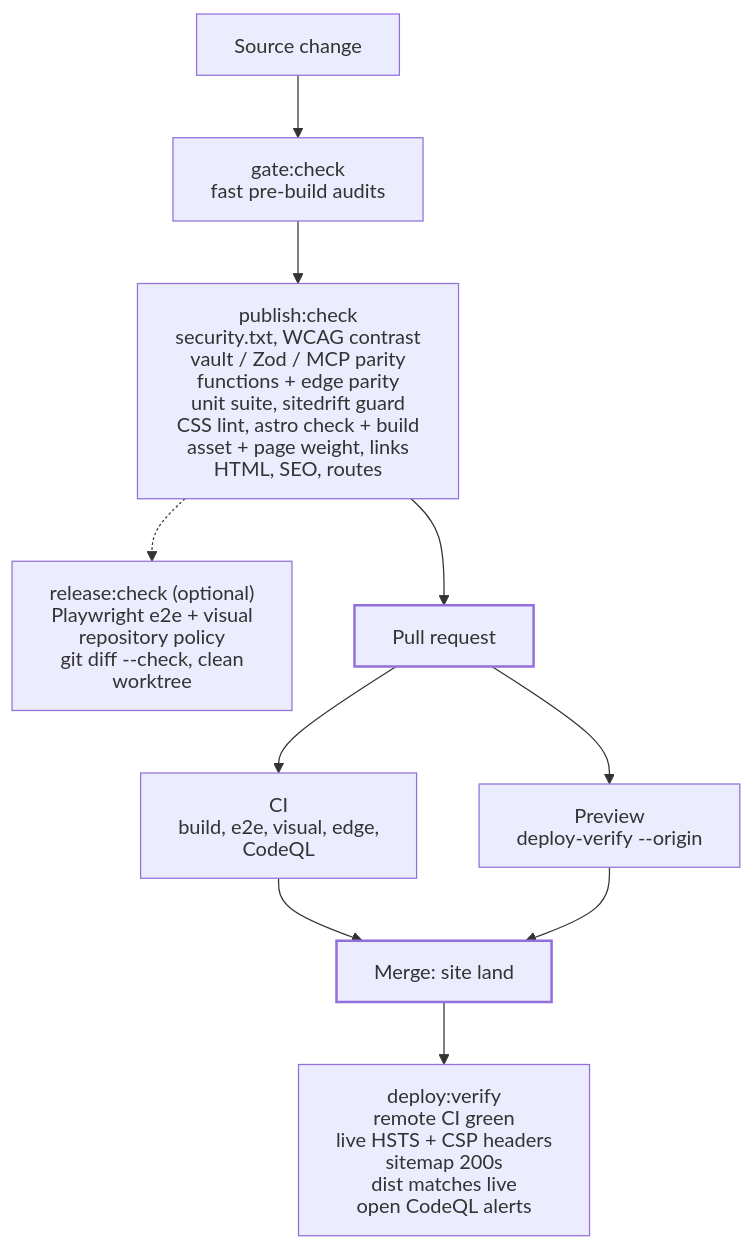
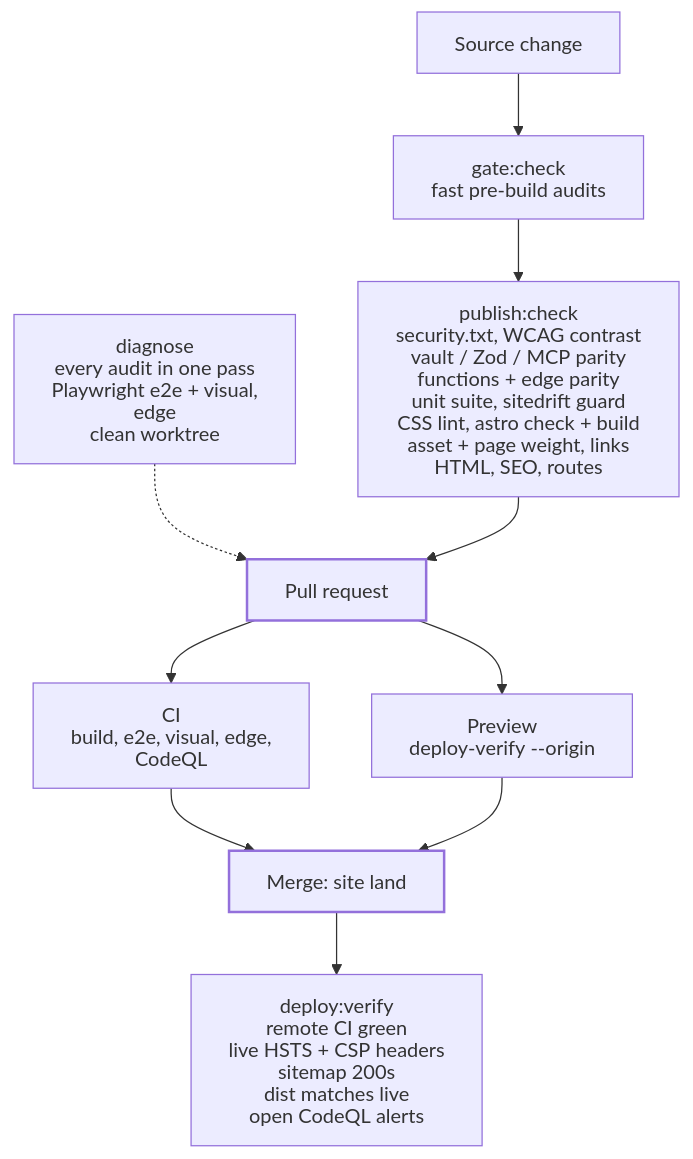
The diagram in docs/diagrams/gate-ladder.mmd (joeseverino/jseverino.com), drawn with Mermaid before and after one commit. The commit also changed 220 other files, not shown here.

```diff
--- a/docs/diagrams/gate-ladder.mmd
+++ b/docs/diagrams/gate-ladder.mmd
@@ -1,14 +1,14 @@
 %%{init: { "htmlLabels": false } }%%
 flowchart TB
     A["Source change"] --> G["gate:check<br/>fast pre-build audits"]
     G --> B["publish:check<br/>security.txt, WCAG contrast<br/>vault / Zod / MCP parity<br/>functions + edge parity<br/>unit suite, sitedrift guard<br/>CSS lint, astro check + build<br/>asset + page weight, links<br/>HTML, SEO, routes"]
-    B -.-> C["release:check (optional)<br/>Playwright e2e + visual<br/>repository policy<br/>git diff --check, clean worktree"]
+    D["diagnose<br/>every audit in one pass<br/>Playwright e2e + visual, edge<br/>clean worktree"] -.-> PR
     B --> PR["Pull request"]
     PR --> CI["CI<br/>build, e2e, visual, edge, CodeQL"]
     PR --> PV["Preview<br/>deploy-verify --origin"]
     CI --> M["Merge: site land"]
     PV --> M
     M --> E["deploy:verify<br/>remote CI green<br/>live HSTS + CSP headers<br/>sitemap 200s<br/>dist matches live<br/>open CodeQL alerts"]
 
     classDef anchor stroke-width:2px;
     class PR,M anchor;
```
